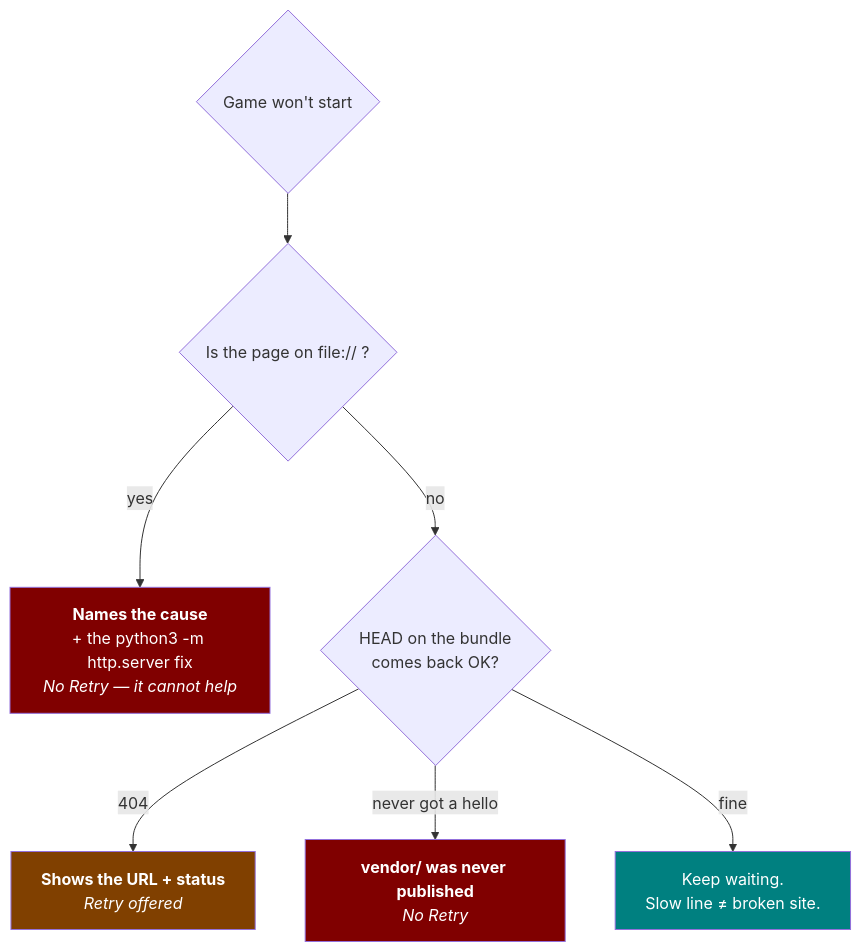
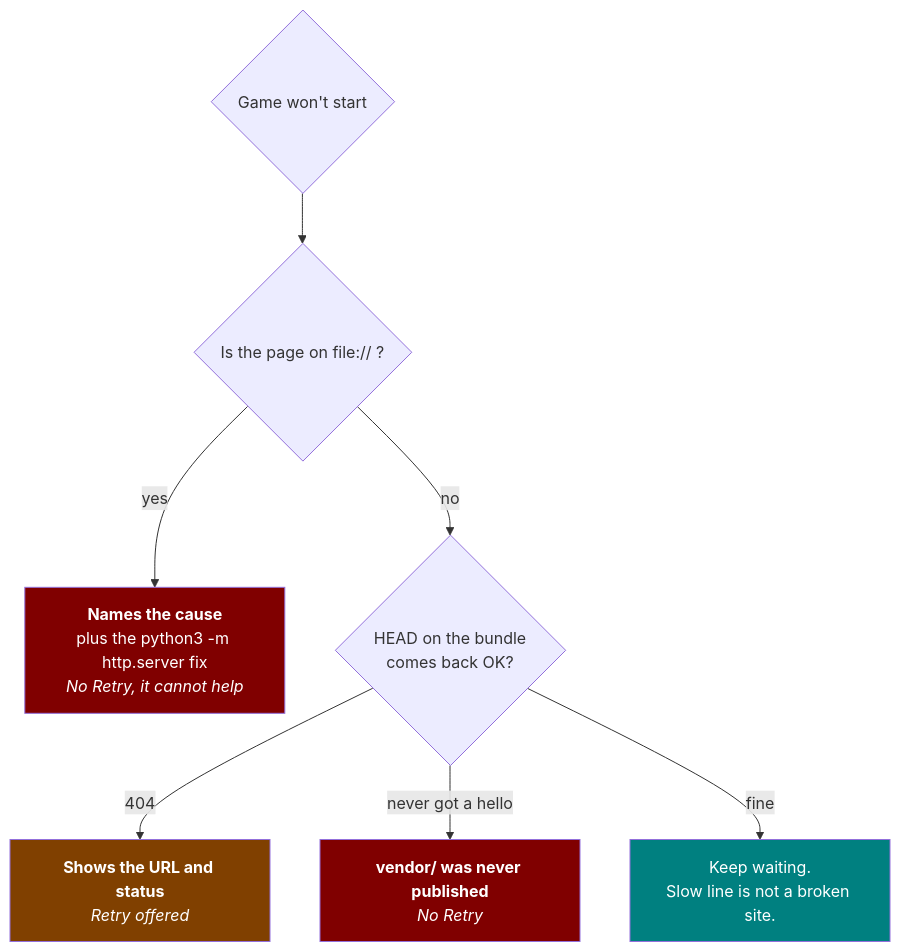
The sixth of 6 diagrams in README.md (d4551/innovation-oxford), drawn with Mermaid before and after one commit. The commit also changed other lines of this file, not shown here.

````diff
--- a/README.md
+++ b/README.md
@@ -406,14 +401,14 @@
 ```mermaid
 flowchart TD
     Q{"Game won't start"} --> A{"Is the page on file:// ?"}
-    A -->|"yes"| A1["<b>Names the cause</b><br/>+ the python3 -m http.server fix<br/><i>No Retry — it cannot help</i>"]
+    A -->|"yes"| A1["<b>Names the cause</b><br/>plus the python3 -m http.server fix<br/><i>No Retry, it cannot help</i>"]
     A -->|"no"| B{"HEAD on the bundle<br/>comes back OK?"}
-    B -->|"404"| B1["<b>Shows the URL + status</b><br/><i>Retry offered</i>"]
+    B -->|"404"| B1["<b>Shows the URL and status</b><br/><i>Retry offered</i>"]
     B -->|"never got a hello"| C1["<b>vendor/ was never published</b><br/><i>No Retry</i>"]
-    B -->|"fine"| D["Keep waiting.<br/>Slow line ≠ broken site."]
+    B -->|"fine"| D["Keep waiting.<br/>Slow line is not a broken site."]
 
     style A1 fill:#800000,color:#fff
     style B1 fill:#804000,color:#fff
     style C1 fill:#800000,color:#fff
     style D fill:#008080,color:#fff
 ```
````
